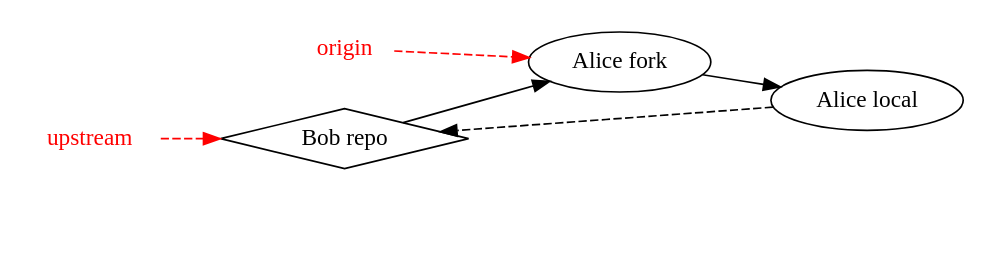
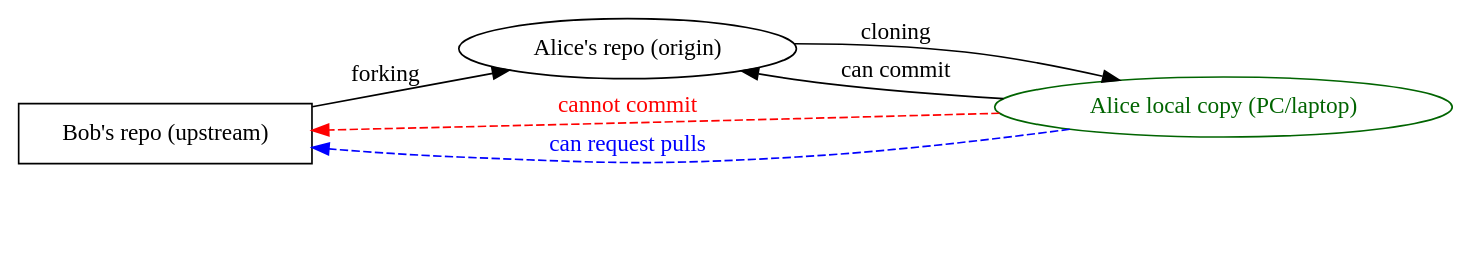
One commit to hpc2n/course-intro-git changed the third of 3 diagrams in Lectures/Markdown/Lecture-6-Working-with-remotes.md. Above: the diagram before and after it, drawn with Graphviz. The commit also changed other lines of this file and 1 other file, not shown here.

````diff
--- a/Lectures/Markdown/Lecture-6-Working-with-remotes.md
+++ b/Lectures/Markdown/Lecture-6-Working-with-remotes.md
@@ -422,15 +446,14 @@
 ```graphviz
 digraph {
   rankdir=LR
   S [style=invis]
-  "Bob repo" [shape=diamond]
-  "Alice fork" [fixedsize=circle]
-  "Alice fork" -> "Alice local"
-  "Bob repo" -> "Alice fork"
-  "Alice local" -> "Bob repo" [style=dashed]
-  orig [label="origin" shape=plaintext fontcolor=red]
-  orig -> "Alice fork" [style=dashed color=red]
-  ups [label="upstream" shape=plaintext fontcolor=red]
-  ups -> "Bob repo" [style=dashed color=red]
+  "Bob repo" [label="Bob's repo (upstream)" shape=rectangle]
+  "Alice fork" [label="Alice's repo (origin)" fixedsize=circle]
+  "Alice local" [label="Alice local copy (PC/laptop)" color=darkgreen fontcolor=darkgreen]
+  "Alice fork" -> "Alice local" [label="cloning"]
+  "Alice local" -> "Alice fork" [label="can commit"]
+  "Alice local" -> "Bob repo" [label="cannot commit" fontcolor=red color=red style=dashed]
+  "Bob repo" -> "Alice fork" [label="forking"]
+  "Alice local" -> "Bob repo" [label="can request pulls" fontcolor=blue color=blue style=dashed]
 }
 ```
````
